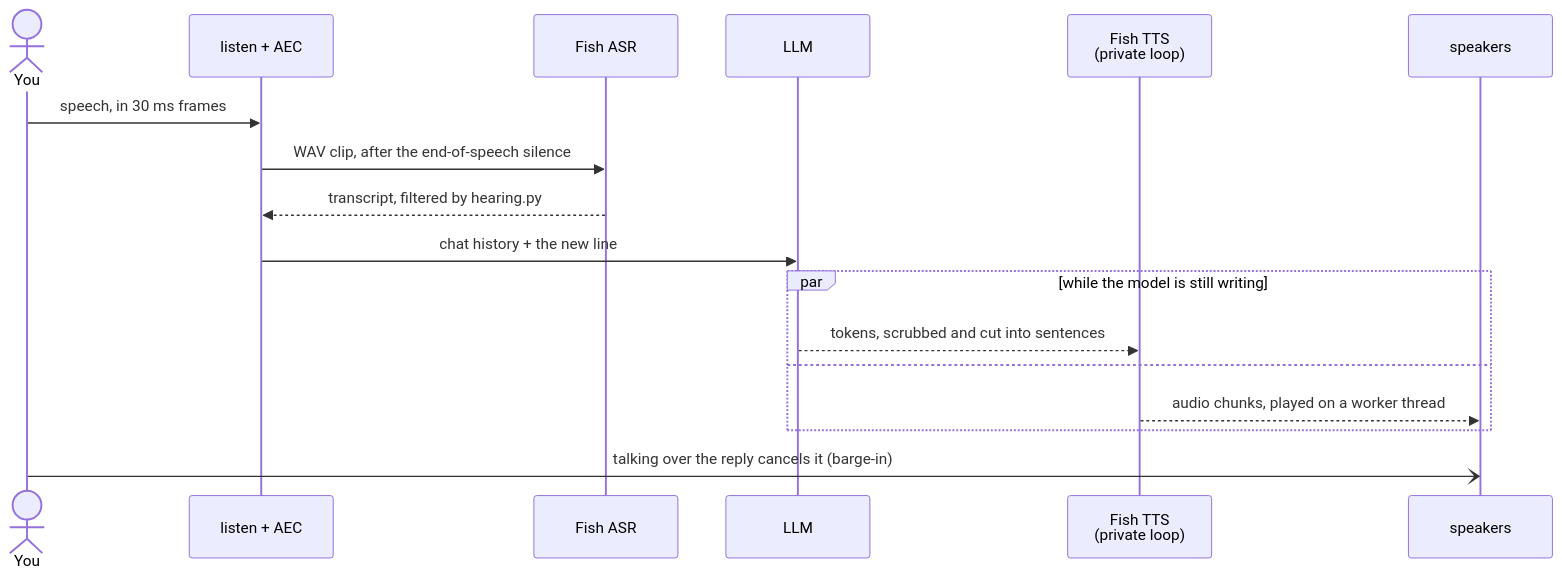
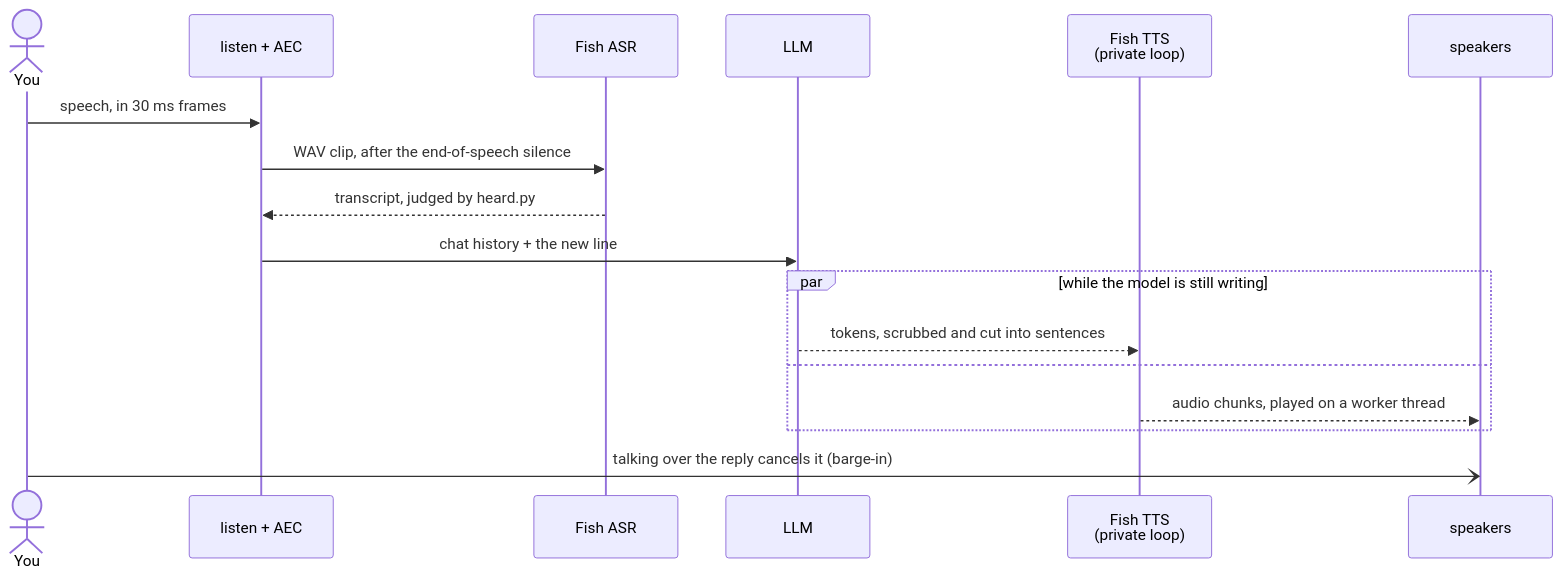
One commit to kzndotsh/fish-audio-suite changed the second of 4 diagrams in docs/ARCHITECTURE.md. Above: the diagram before and after it, drawn with Mermaid. The commit also changed other lines of this file and 40 other files, not shown here.

````diff
--- a/docs/ARCHITECTURE.md
+++ b/docs/ARCHITECTURE.md
@@ -77,20 +77,20 @@
 ```mermaid
 sequenceDiagram
     actor You
     participant Mic as listen + AEC
     participant ASR as Fish ASR
     participant LLM
     participant TTS as Fish TTS<br/>(private loop)
     participant Out as speakers
 
     You->>Mic: speech, in 30 ms frames
     Mic->>ASR: WAV clip, after the end-of-speech silence
-    ASR-->>Mic: transcript, filtered by hearing.py
+    ASR-->>Mic: transcript, judged by heard.py
     Mic->>LLM: chat history + the new line
     par while the model is still writing
         LLM-->>TTS: tokens, scrubbed and cut into sentences
     and
         TTS-->>Out: audio chunks, played on a worker thread
     end
     You-)Out: talking over the reply cancels it (barge-in)
 ```
````
